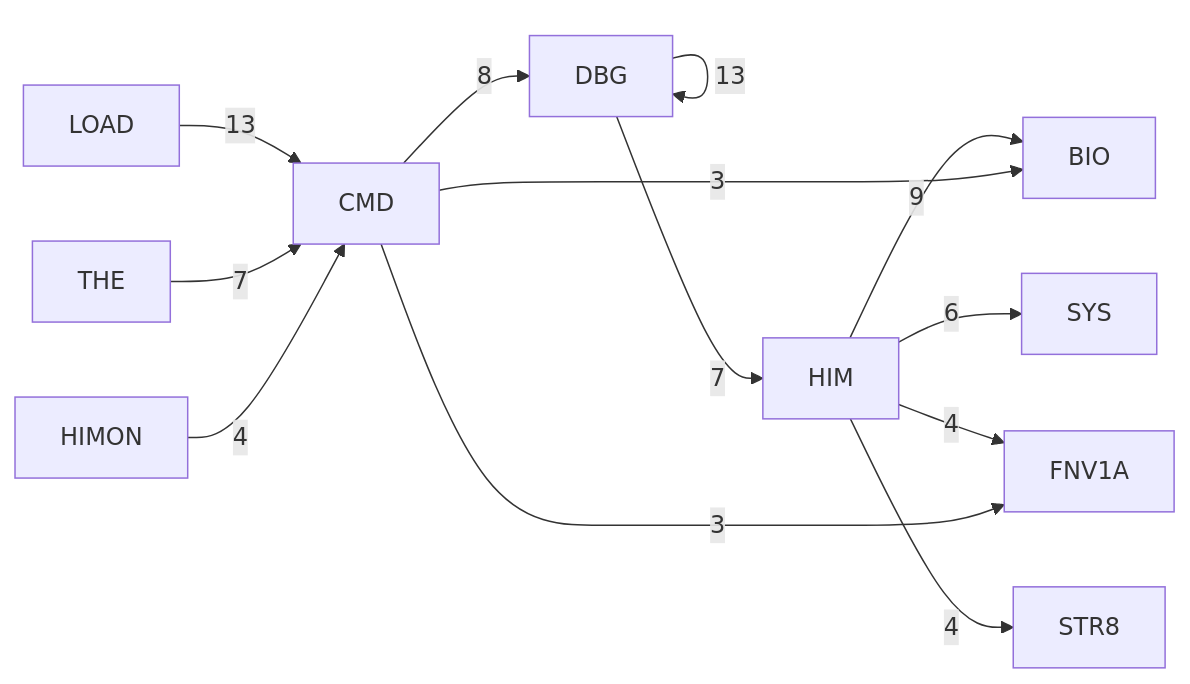
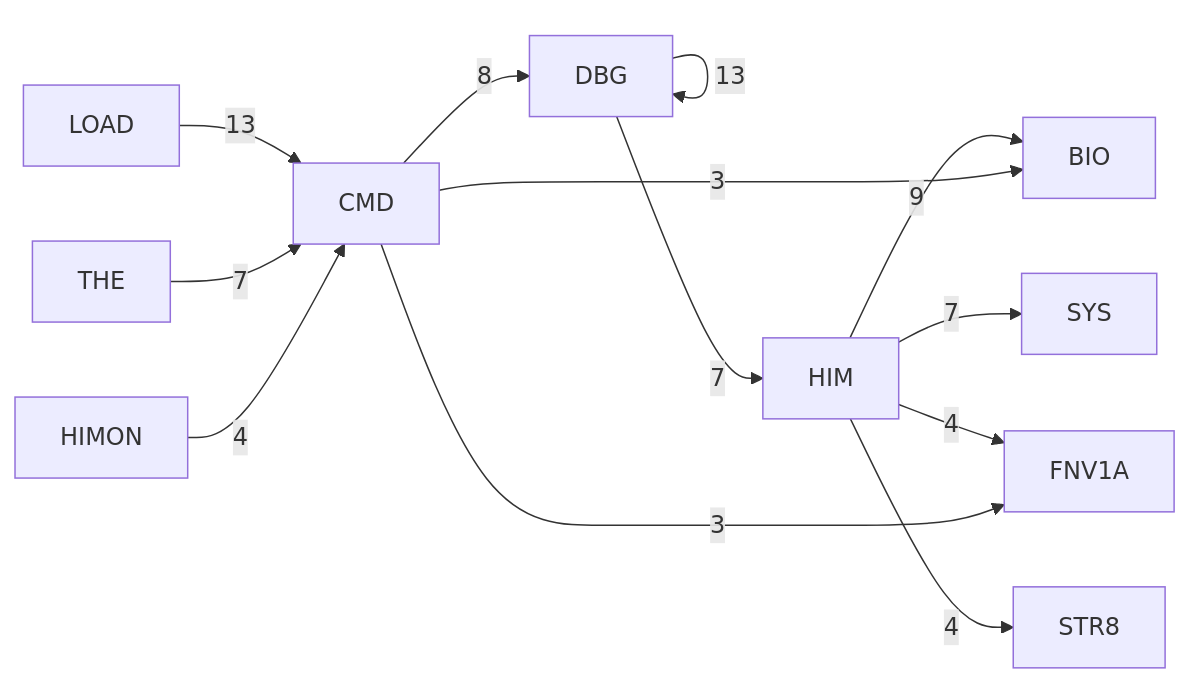
One commit to 95westus/R-YORS changed the third of 6 diagrams in DOC/GENERATED/HIMON_SUPPORT_MAP.md. Above: the diagram before and after it, drawn with Mermaid. The commit also changed other lines of this file and 29 other files, not shown here.

````diff
--- a/DOC/GENERATED/HIMON_SUPPORT_MAP.md
+++ b/DOC/GENERATED/HIMON_SUPPORT_MAP.md
@@ -45,15 +45,15 @@
 ```mermaid
 flowchart LR
     P_DBG[DBG] -->|13| P_DBG[DBG]
     P_LOAD[LOAD] -->|13| P_CMD[CMD]
     P_HIM[HIM] -->|9| P_BIO[BIO]
     P_CMD[CMD] -->|8| P_DBG[DBG]
     P_DBG[DBG] -->|7| P_HIM[HIM]
+    P_HIM[HIM] -->|7| P_SYS[SYS]
     P_THE[THE] -->|7| P_CMD[CMD]
-    P_HIM[HIM] -->|6| P_SYS[SYS]
     P_HIM[HIM] -->|4| P_FNV1A[FNV1A]
     P_HIM[HIM] -->|4| P_STR8[STR8]
     P_HIMON[HIMON] -->|4| P_CMD[CMD]
     P_CMD[CMD] -->|3| P_BIO[BIO]
     P_CMD[CMD] -->|3| P_FNV1A[FNV1A]
 ```
````
